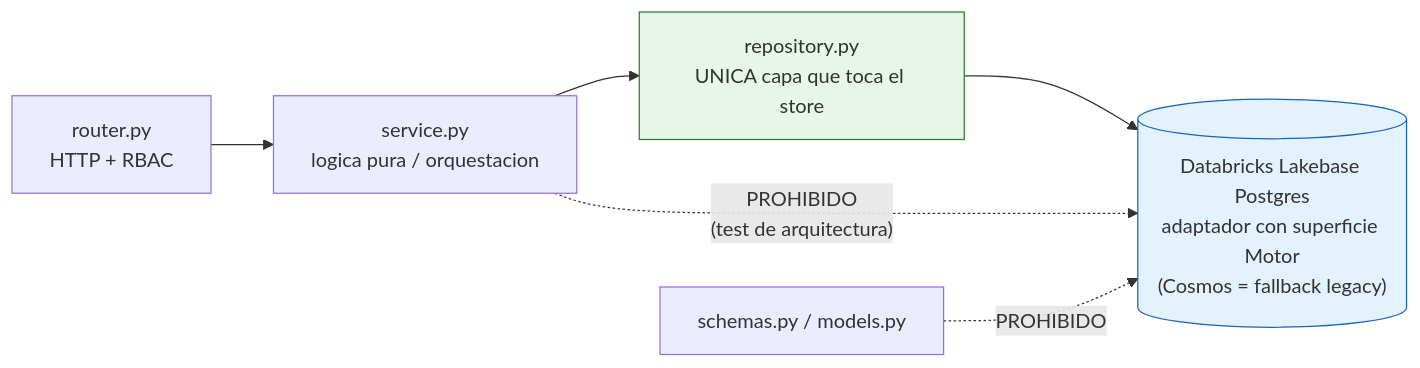
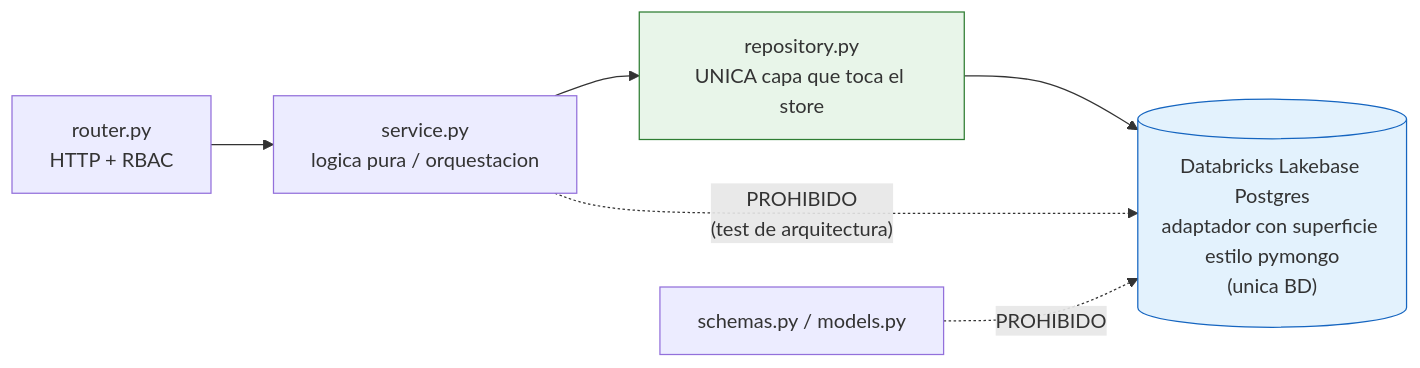
Before and after one commit to Carlosmps97/backend-data-model-hub: the second of 6 diagrams in doc/testing.md, drawn with Mermaid. The commit also changed other lines of this file and 67 other files, not shown here.

````diff
--- a/doc/testing.md
+++ b/doc/testing.md
@@ -187,10 +186,10 @@
 ```mermaid
 flowchart LR
     R["router.py<br/>HTTP + RBAC"] --> S["service.py<br/>logica pura / orquestacion"]
     S --> Repo["repository.py<br/>UNICA capa que toca el store"]
-    Repo --> DB[("Databricks Lakebase Postgres<br/>adaptador con superficie Motor<br/>(Cosmos = fallback legacy)")]
+    Repo --> DB[("Databricks Lakebase Postgres<br/>adaptador con superficie estilo pymongo<br/>(unica BD)")]
     S -. "PROHIBIDO<br/>(test de arquitectura)" .-> DB
     Sch["schemas.py / models.py"] -. "PROHIBIDO" .-> DB
     style Repo fill:#e8f5e9,stroke:#2e7d32
     style DB fill:#e3f2fd,stroke:#1565c0
 ```
````
